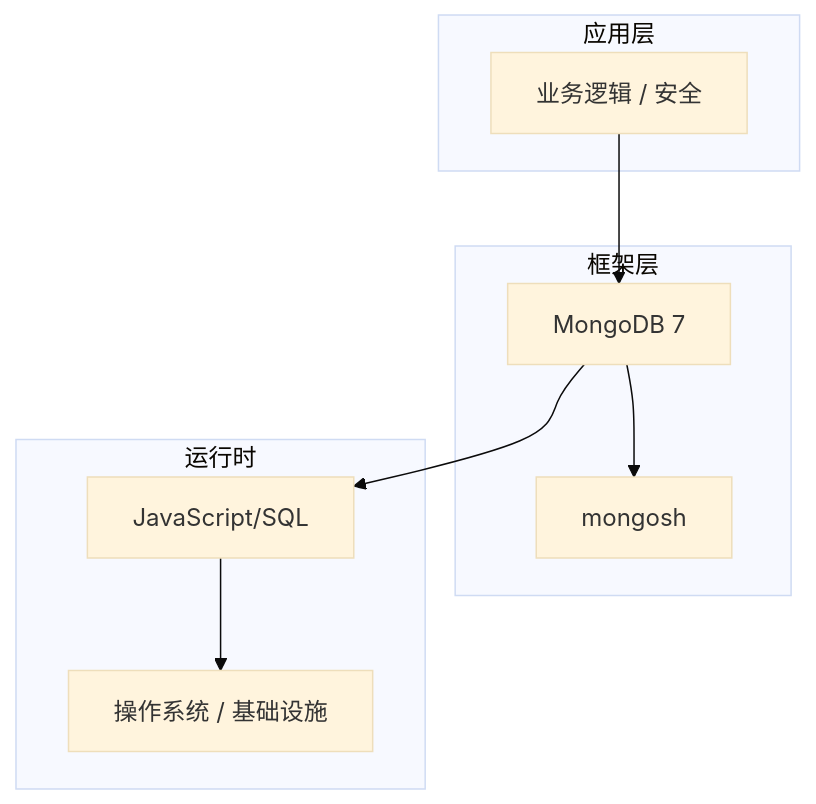
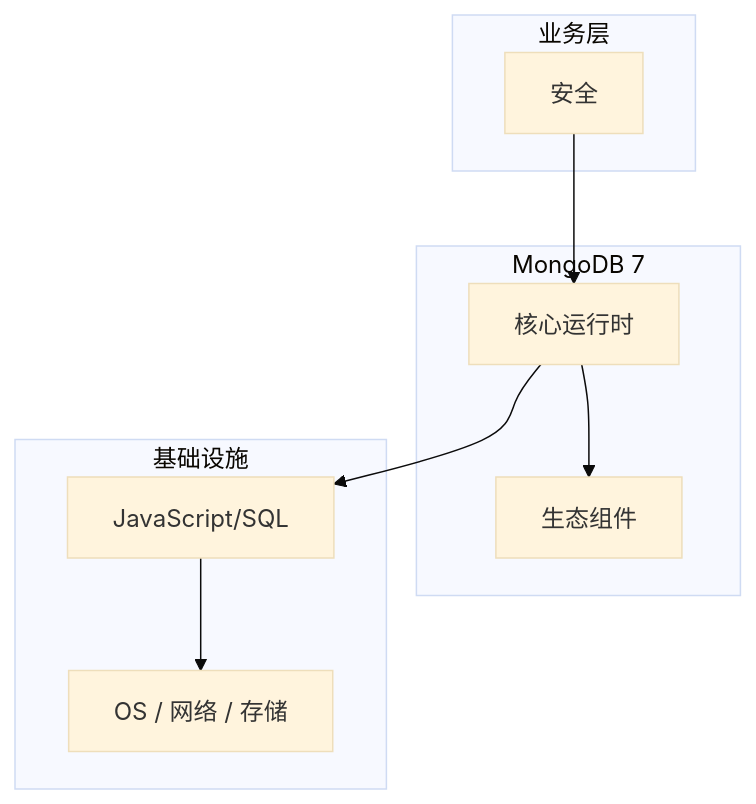
Before and after one commit to yanggan2015/knowledge-json-v2: the diagram in articles/MongoDB/chapters/063-安全核心概念与原理.md, drawn with Mermaid (base theme). The commit also changed other lines of this file and 10127 other files, not shown here.

````diff
--- a/articles/MongoDB/chapters/063-安全核心概念与原理.md
+++ b/articles/MongoDB/chapters/063-安全核心概念与原理.md
@@ -45,18 +34,18 @@
 ```mermaid
 graph TB
-    subgraph 应用层
-        A[业务逻辑 / 安全]
+    subgraph 业务层
+        A[安全]
     end
-    subgraph 框架层
-        B[MongoDB 7]
-        C[mongosh]
+    subgraph MongoDB 7
+        B[核心运行时]
+        C[生态组件]
     end
-    subgraph 运行时
+    subgraph 基础设施
         D[JavaScript/SQL]
-        E[操作系统 / 基础设施]
+        E[OS / 网络 / 存储]
     end
     A --> B
     B --> C
     B --> D
     D --> E
 ```
````
